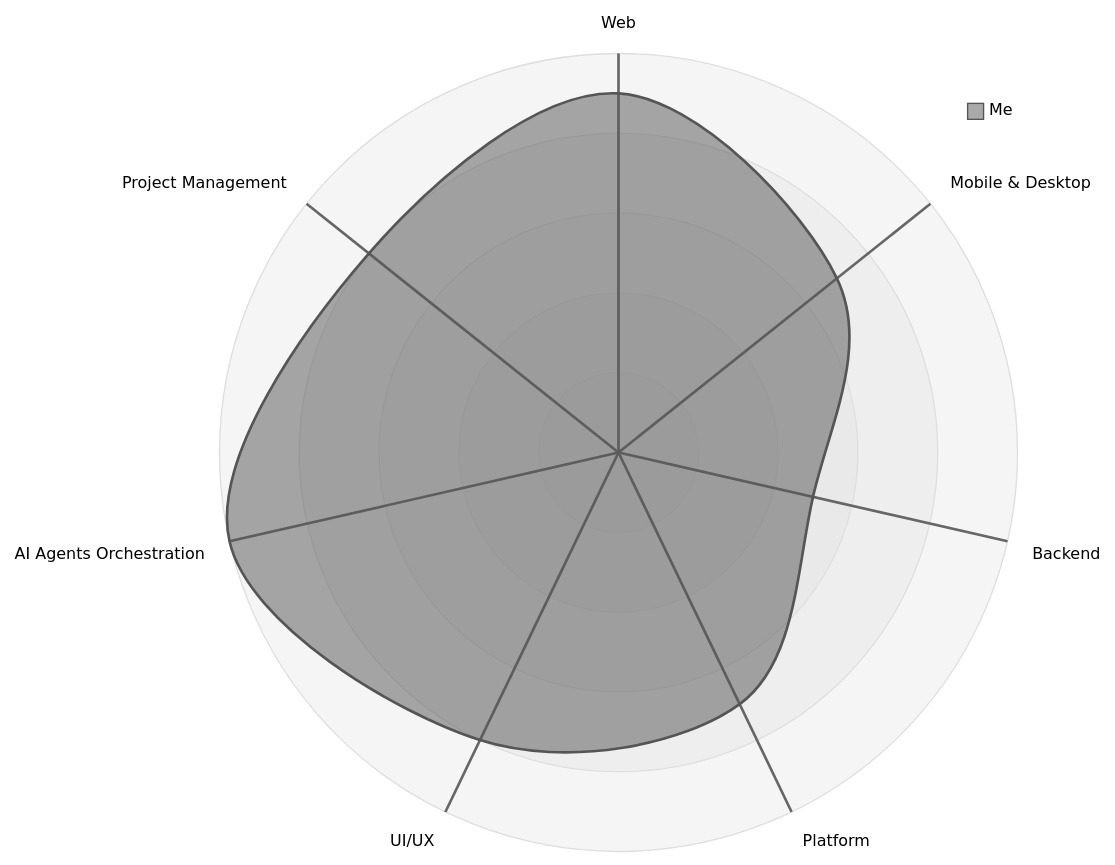
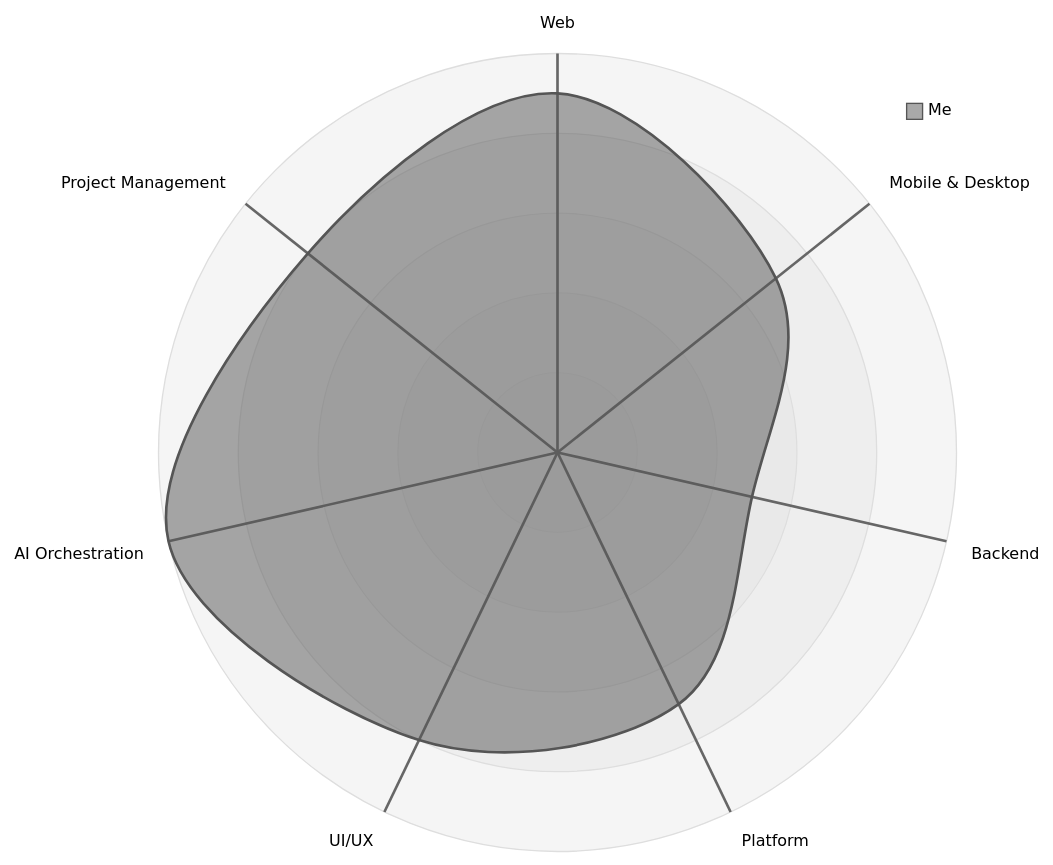
The diagram in README.md (mvagnon/mvagnon), drawn with Mermaid before and after one commit. The commit also changed other lines of this file, not shown here.

````diff
--- a/README.md
+++ b/README.md
@@ -44,12 +45,12 @@
 ```mermaid
 ---
 config:
   theme: neutral
 ---
 radar-beta
-  axis a["Web"], b["Mobile & Desktop"], c["Backend"], d["Platform"], e["UI/UX"], f["AI Agents Orchestration"], g["Project Management"]
+  axis a["Web"], b["Mobile & Desktop"], c["Backend"], d["Platform"], e["UI/UX"], f["AI Orchestration"], g["Project Management"]
   curve a["Me"]{90, 70, 50, 70, 80, 100, 80}
 
   max 100
   min 0
 ```
````
